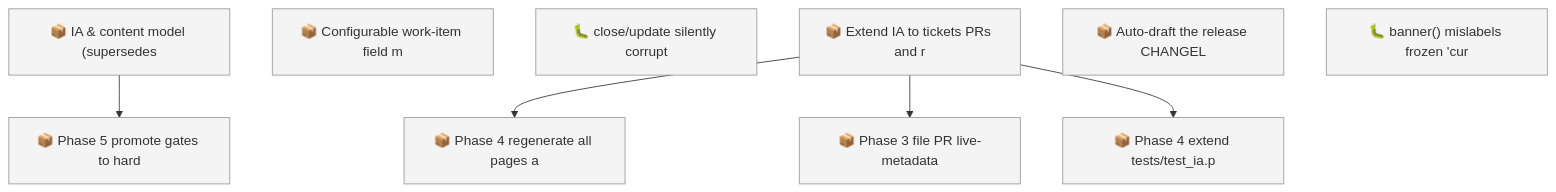
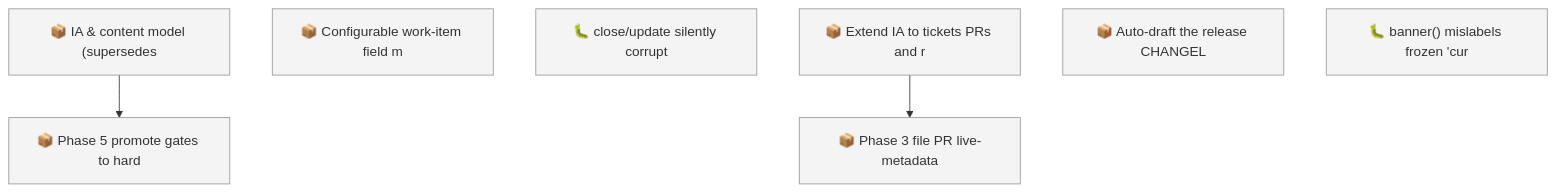
The first of 2 diagrams in docs/roadmap.md (SpillwaveSolutions/wiki_ticket_sdd), drawn with Mermaid before and after one commit. The commit also changed other lines of this file and 9 other files, not shown here.

First line of the commit message:
test(ia): Phase 4 — TestArtifactPages, regeneration, coverage check

````diff
--- a/docs/roadmap.md
+++ b/docs/roadmap.md
@@ -70,19 +62,15 @@
 ```mermaid
 graph TD
     01KY5G9ZW0H2YMNWDFJYGRPYE5["📦 IA & content model (supersedes"]
     01KY5G9ZW0RABXWHEMEP1FAV2G["📦 Phase 5 promote gates to hard"]
     01KY5NE0ZYGBWG44N0KPEBFCZ8["📦 Configurable work-item field m"]
     01KYA99TVCGX79HFNHN1DVT7Y6["🐛 close/update silently corrupt"]
     01KYABYEQP8ANXGYPBCV2T20D8["📦 Extend IA to tickets PRs and r"]
-    01KYABYEQPDS2VFQKQ7B6YXZVR["📦 Phase 4 regenerate all pages a"]
     01KYABYEQPF8N2K26ENRKREE0W["📦 Phase 3 file PR live-metadata"]
-    01KYABYEQPNK7HHH5CMAR2V1JG["📦 Phase 4 extend tests/test_ia.p"]
     01KYAC0AC01R4C6W7YY1X8NVRV["📦 Auto-draft the release CHANGEL"]
     01KYACFJA0SQSF4C83BJZXB5MY["🐛 banner() mislabels frozen 'cur"]
     01KY5G9ZW0H2YMNWDFJYGRPYE5 --> 01KY5G9ZW0RABXWHEMEP1FAV2G
-    01KYABYEQP8ANXGYPBCV2T20D8 --> 01KYABYEQPDS2VFQKQ7B6YXZVR
     01KYABYEQP8ANXGYPBCV2T20D8 --> 01KYABYEQPF8N2K26ENRKREE0W
-    01KYABYEQP8ANXGYPBCV2T20D8 --> 01KYABYEQPNK7HHH5CMAR2V1JG
     classDef todo fill:#f4f4f4,stroke:#999999
-    class 01KY5G9ZW0H2YMNWDFJYGRPYE5,01KY5G9ZW0RABXWHEMEP1FAV2G,01KY5NE0ZYGBWG44N0KPEBFCZ8,01KYA99TVCGX79HFNHN1DVT7Y6,01KYABYEQP8ANXGYPBCV2T20D8,01KYABYEQPDS2VFQKQ7B6YXZVR,01KYABYEQPF8N2K26ENRKREE0W,01KYABYEQPNK7HHH5CMAR2V1JG,01KYAC0AC01R4C6W7YY1X8NVRV,01KYACFJA0SQSF4C83BJZXB5MY todo
+    class 01KY5G9ZW0H2YMNWDFJYGRPYE5,01KY5G9ZW0RABXWHEMEP1FAV2G,01KY5NE0ZYGBWG44N0KPEBFCZ8,01KYA99TVCGX79HFNHN1DVT7Y6,01KYABYEQP8ANXGYPBCV2T20D8,01KYABYEQPF8N2K26ENRKREE0W,01KYAC0AC01R4C6W7YY1X8NVRV,01KYACFJA0SQSF4C83BJZXB5MY todo
 ```
````
